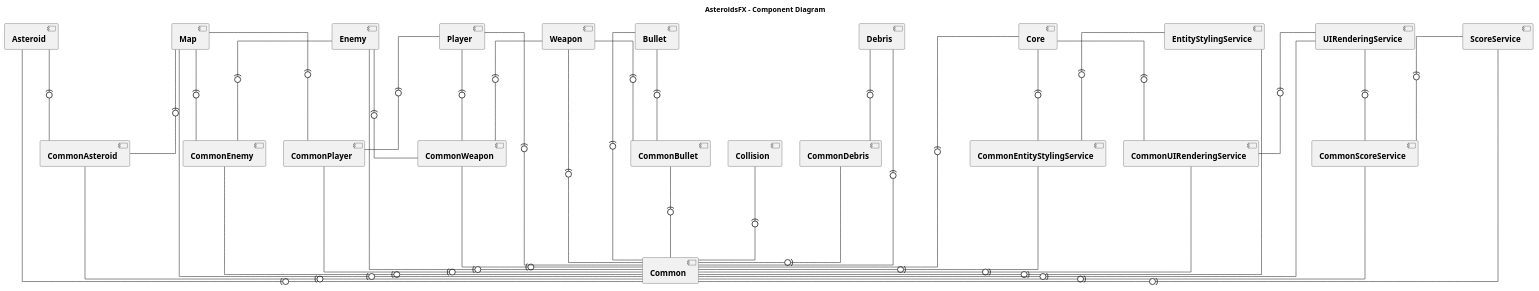
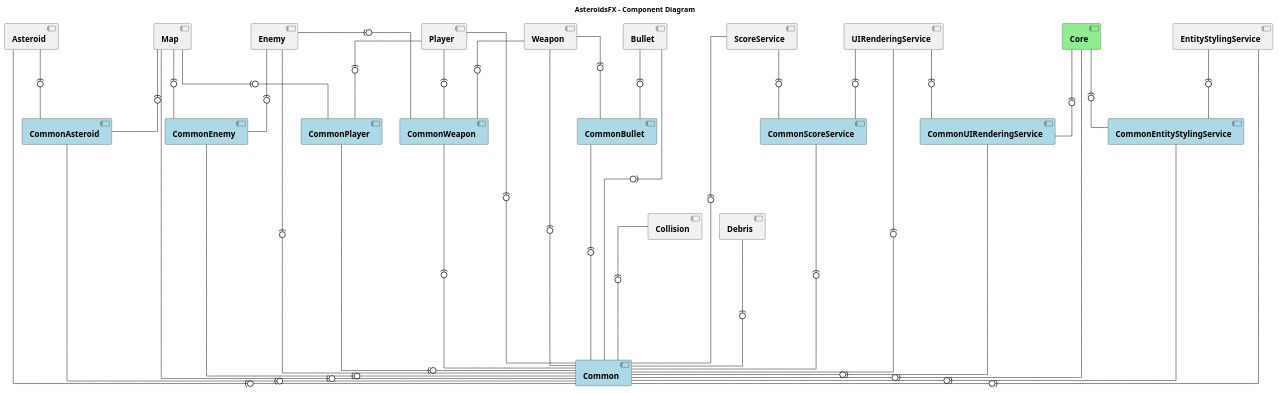
Before and after one commit to jlars22/AsteroidsFX: the diagram in diagrams/component.puml, drawn with PlantUML. The commit also changed 7 other files, not shown here.

Commit message:
refactor: Remove CommonDebris module, improve diagram

```diff
--- a/diagrams/component.puml
+++ b/diagrams/component.puml
@@ -1,93 +1,112 @@
 @startuml
 title AsteroidsFX - Component Diagram
 skinparam linetype ortho
+!pragma ratio 0.3
 skinparam component {
     FontName Arial
     FontSize 16
     FontStyle Bold
 }
 
+component [Asteroid]
+component [CommonWeapon] #Lightblue
+component [CommonPlayer] #Lightblue
+component [Bullet]
+component [Collision]
+component [Debris]
+component [Common] #Lightblue
+component [CommonAsteroid] #Lightblue
+component [CommonBullet] #Lightblue
+component [CommonEnemy] #Lightblue
+component [CommonScoreService] #Lightblue
+component [CommonEntityStylingService] #Lightblue
+component [CommonUIRenderingService] #Lightblue
+component [Core] #Lightgreen
+component [Enemy]
+component [EntityStylingService]
+component [Map]
+component [Player]
+component [ScoreService]
+component [UIRenderingService]
+component [Weapon]
+
 'Asteroid'
 [Asteroid] --(0-- [Common]
-[Asteroid] --(0-- [CommonAsteroid]
+[Asteroid] -(0- [CommonAsteroid]
 
 'Bullet'
 [Bullet] --(0-- [Common]
-[Bullet] --(0-- [CommonBullet]
+[Bullet] -(0- [CommonBullet]
 
 'Collision'
-[Collision] --(0-- [Common]
+[Collision] -(0-- [Common]
 
 'CommonAsteroid'
 [CommonAsteroid] --(0-- [Common]
 
 'CommonBullet'
 [CommonBullet] --(0-- [Common]
-
-'CommonDebris'
-[CommonDebris] --(0-- [Common]
 
 'CommonEnemy'
 [CommonEnemy] --(0-- [Common]
 
 'CommonEntityStylingService'
 [CommonEntityStylingService] --(0-- [Common]
 
 'CommonPlayer'
 [CommonPlayer] --(0-- [Common]
 
 'CommonScoreService'
 [CommonScoreService] --(0-- [Common]
 
 'CommonUIRenderingService'
 [CommonUIRenderingService] --(0-- [Common]
 
 'CommonWeapon'
 [CommonWeapon] --(0-- [Common]
 
 'Core'
 [Core] --(0-- [Common]
-[Core] --(0-- [CommonUIRenderingService]
-[Core] --(0-- [CommonEntityStylingService]
+[Core] -(0- [CommonUIRenderingService]
+[Core] -(0- [CommonEntityStylingService]
 
 'Debris'
-[Debris] --(0-- [Common]
-[Debris] --(0-- [CommonDebris]
+[Debris] -(0-- [Common]
 
 'Enemy'
 [Enemy] --(0-- [Common]
-[Enemy] --(0-- [CommonEnemy]
-[Enemy] --(0-- [CommonWeapon]
+[Enemy] -(0- [CommonEnemy]
+[Enemy] -(0- [CommonWeapon]
 
 'EntityStylingService'
 [EntityStylingService] --(0-- [Common]
-[EntityStylingService] --(0-- [CommonEntityStylingService]
+[EntityStylingService] -(0- [CommonEntityStylingService]
 
 'Map'
 [Map] --(0-- [Common]
-[Map] --(0-- [CommonAsteroid]
-[Map] --(0-- [CommonPlayer]
-[Map] --(0-- [CommonEnemy]
+[Map] -(0- [CommonAsteroid]
+[Map] -(0- [CommonPlayer]
+[Map] -(0- [CommonEnemy]
 
 'Player'
 [Player] --(0-- [Common]
-[Player] --(0-- [CommonWeapon]
-[Player] --(0-- [CommonPlayer]
+[Player] -(0- [CommonWeapon]
+[Player] -(0- [CommonPlayer]
 
 
 'ScoreService'
 [ScoreService] --(0-- [Common]
-[ScoreService] --(0-- [CommonScoreService]
+[ScoreService] -(0- [CommonScoreService]
 
 'UIRenderingService'
 [UIRenderingService] --(0-- [Common]
-[UIRenderingService] --(0-- [CommonUIRenderingService]
-[UIRenderingService] --(0-- [CommonScoreService]
+[UIRenderingService] -(0- [CommonUIRenderingService]
+[UIRenderingService] -(0- [CommonScoreService]
 
 'Weapon'
 [Weapon] --(0-- [Common]
-[Weapon] --(0-- [CommonWeapon]
-[Weapon] --(0-- [CommonBullet]
+[Weapon] -(0- [CommonWeapon]
+[Weapon] -(0- [CommonBullet]
 
 
 @enduml
```
